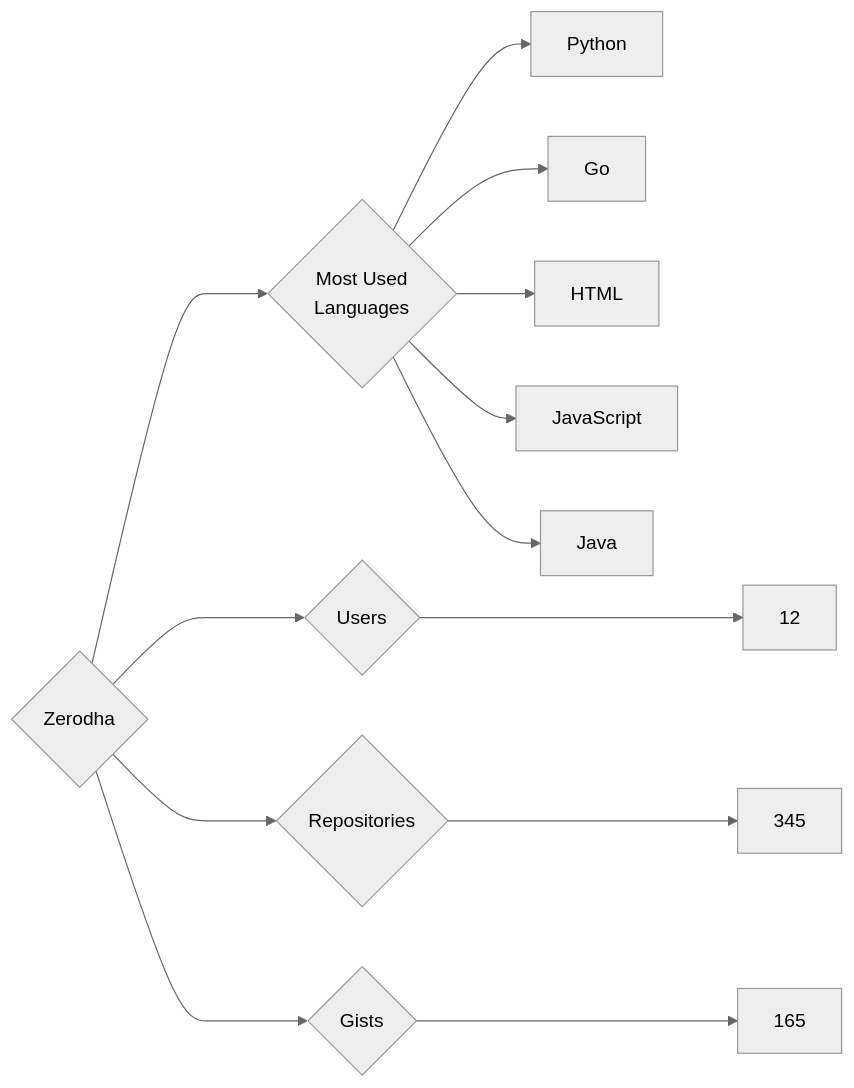
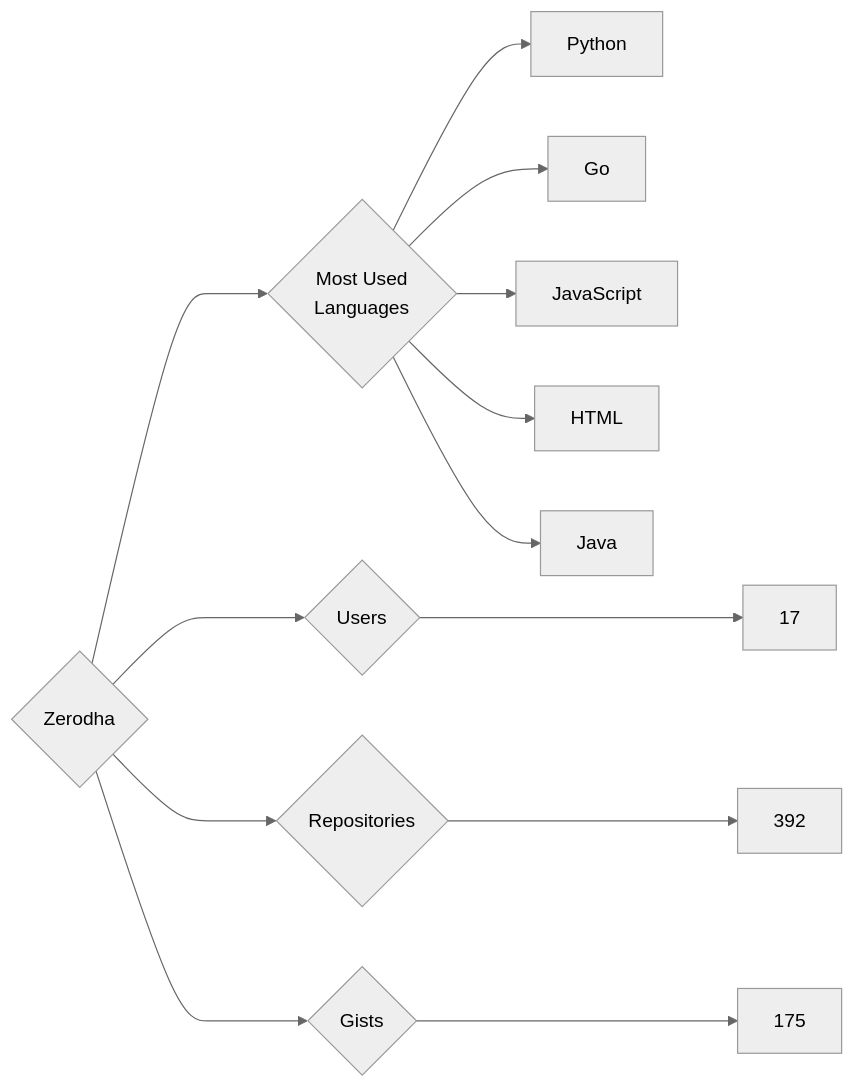
The diagram in targets/Zerodha/README.md (trickest/insiders), drawn with Mermaid (neutral theme) before and after one commit. The commit also changed 797 other files, not shown here.

````diff
--- a/targets/Zerodha/README.md
+++ b/targets/Zerodha/README.md
@@ -3,13 +3,13 @@
 ```mermaid
 graph LR
 COMPANY_NAME{Zerodha}
-COMPANY_NAME ---> U{Users} ---> UN[12]
-COMPANY_NAME ---> R{Repositories} ---> RN[345]
-COMPANY_NAME ---> G{Gists} ---> GN[165]
+COMPANY_NAME ---> U{Users} ---> UN[17]
+COMPANY_NAME ---> R{Repositories} ---> RN[392]
+COMPANY_NAME ---> G{Gists} ---> GN[175]
 COMPANY_NAME ---> ML{Most Used<br>Languages}
 ML --> Python[Python]
 ML --> Go[Go]
+ML --> JavaScript[JavaScript]
 ML --> HTML[HTML]
-ML --> JavaScript[JavaScript]
 ML --> Java[Java]
 ```
````
